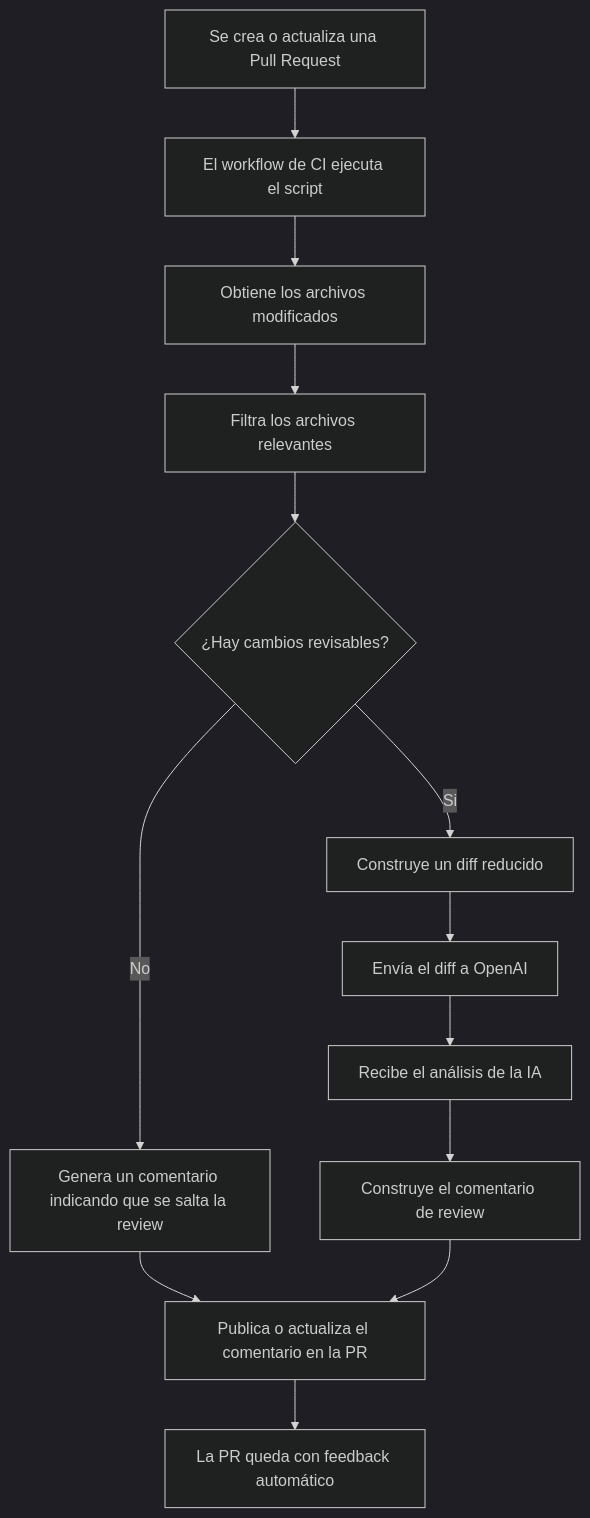
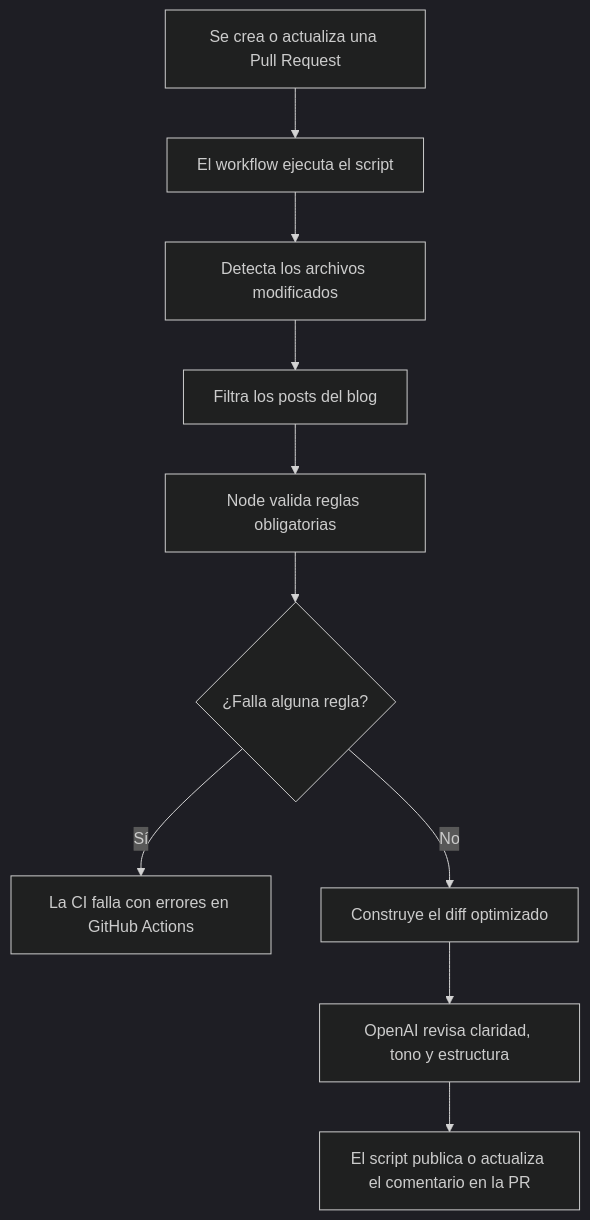
The diagram in blog/2026-05-14-review-pr-script-with-ai.md (ToniHumanes/code-and-pasta), drawn with Mermaid (dark theme) before and after one commit. The commit also changed other lines of this file and 9 other files, not shown here.

First line of the commit message:
Fix: clarify AI PR review post workflow (#76)

````diff
--- a/blog/2026-05-14-review-pr-script-with-ai.md
+++ b/blog/2026-05-14-review-pr-script-with-ai.md
@@ -52,15 +104,12 @@
 ```mermaid
 flowchart TD
-  A[Se crea o actualiza una Pull Request] --> B[El workflow de CI ejecuta el script]
-  B --> C[Obtiene los archivos modificados]
-  C --> D[Filtra los archivos relevantes]
-  D --> E{¿Hay cambios revisables?}
-  E -->|No| F[Genera un comentario indicando que se salta la review]
-  E -->|Si| G[Construye un diff reducido]
-  G --> H[Envía el diff a OpenAI]
-  H --> I[Recibe el análisis de la IA]
-  I --> J[Construye el comentario de review]
-  F --> K[Publica o actualiza el comentario en la PR]
-  J --> K
-  K --> L[La PR queda con feedback automático]
+  A[Se crea o actualiza una Pull Request] --> B[El workflow ejecuta el script]
+  B --> C[Detecta los archivos modificados]
+  C --> D[Filtra los posts del blog]
+  D --> E[Node valida reglas obligatorias]
+  E --> F{¿Falla alguna regla?}
+  F -->|Sí| G[La CI falla con errores en GitHub Actions]
+  F -->|No| H[Construye el diff optimizado]
+  H --> I[OpenAI revisa claridad, tono y estructura]
+  I --> J[El script publica o actualiza el comentario en la PR]
 ```
````
